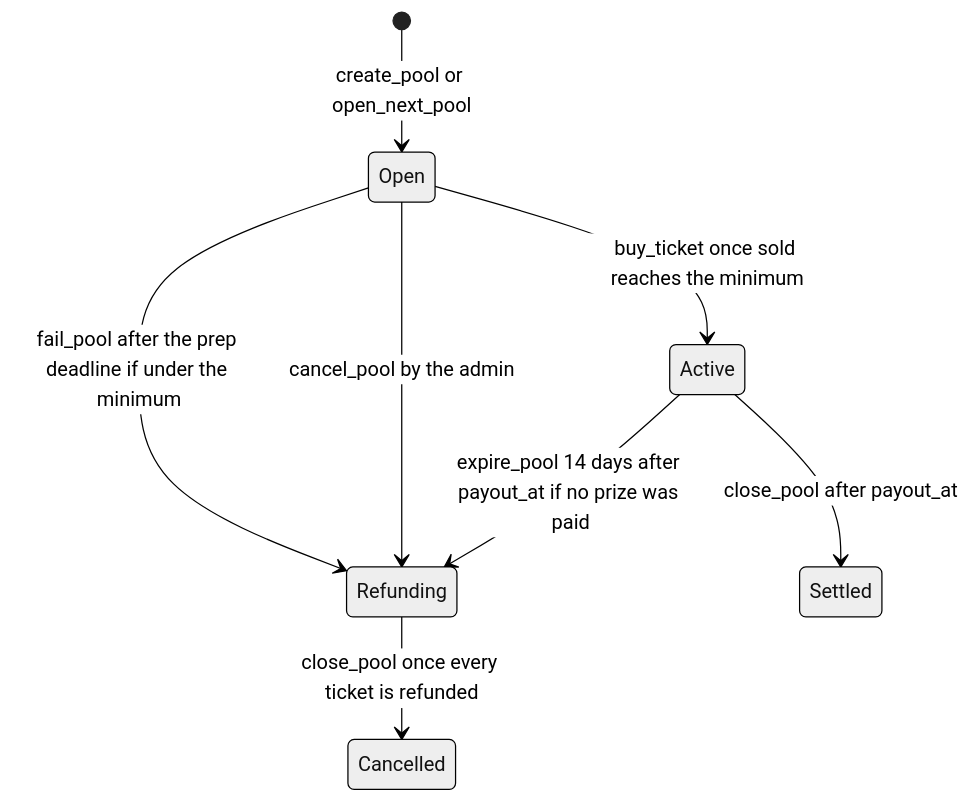
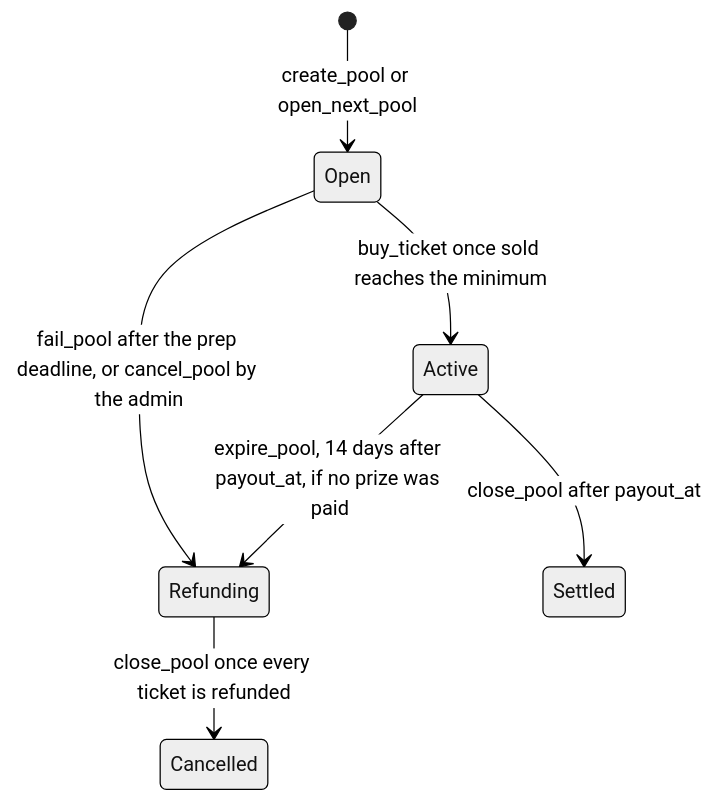
One commit to recferret-bit/freightchain changed the second of 7 diagrams in README.md. Above: the diagram before and after it, drawn with Mermaid (neutral theme). The commit also changed other lines of this file and 2 other files, not shown here.

````diff
--- a/README.md
+++ b/README.md
@@ -449,10 +103,9 @@
 ```mermaid
 stateDiagram-v2
   [*] --> Open: create_pool or open_next_pool
   Open --> Active: buy_ticket once sold reaches the minimum
-  Open --> Refunding: fail_pool after the prep deadline if under the minimum
-  Open --> Refunding: cancel_pool by the admin
-  Active --> Refunding: expire_pool 14 days after payout_at if no prize was paid
+  Open --> Refunding: fail_pool after the prep deadline, or cancel_pool by the admin
+  Active --> Refunding: expire_pool, 14 days after payout_at, if no prize was paid
   Active --> Settled: close_pool after payout_at
   Refunding --> Cancelled: close_pool once every ticket is refunded
 ```
````
